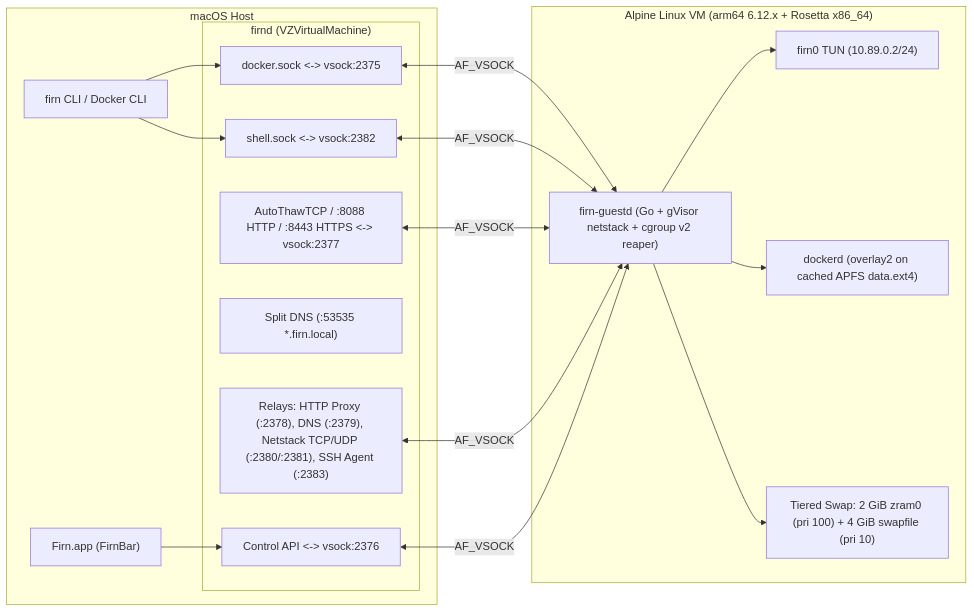
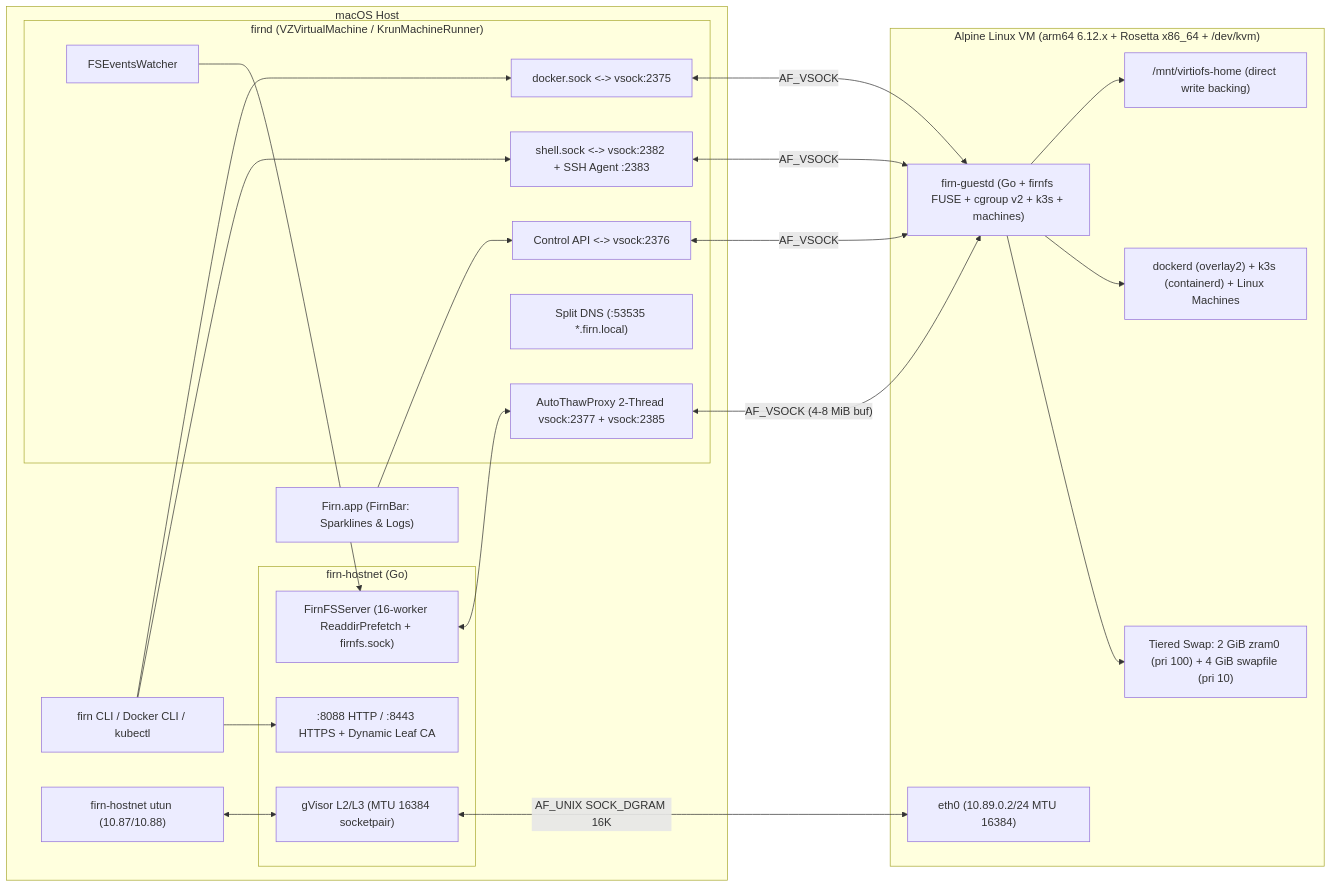
One commit to zxzinn/firn changed the diagram in README.md. Above: the diagram before and after it, drawn with Mermaid. The commit also changed other lines of this file and 53 other files, not shown here.

Commit message:
feat: Firn v0.4.0 — firnfs, jumbo firn-hostnet, hibernate, k3s, machines & Metal GPU

````diff
--- a/README.md
+++ b/README.md
@@ -71,32 +71,43 @@
 ```mermaid
 flowchart LR
   subgraph macOS["macOS Host"]
-    CLI["firn CLI / Docker CLI"]
-    Bar["Firn.app (FirnBar)"]
-    subgraph Daemon["firnd (VZVirtualMachine)"]
+    CLI["firn CLI / Docker CLI / kubectl"]
+    Bar["Firn.app (FirnBar: Sparklines & Logs)"]
+    UTUN["firn-hostnet utun (10.87/10.88)"]
+    subgraph Daemon["firnd (VZVirtualMachine / KrunMachineRunner)"]
+      FSW["FSEventsWatcher"]
       D["docker.sock <-> vsock:2375"]
       C["Control API <-> vsock:2376"]
-      T["AutoThawTCP / :8088 HTTP / :8443 HTTPS <-> vsock:2377"]
+      T["AutoThawProxy 2-Thread vsock:2377 + vsock:2385"]
       DNS["Split DNS (:53535 *.firn.local)"]
-      R["Relays: HTTP Proxy (:2378), DNS (:2379), Netstack TCP/UDP (:2380/:2381), SSH Agent (:2383)"]
-      SH["shell.sock <-> vsock:2382"]
+      SH["shell.sock <-> vsock:2382 + SSH Agent :2383"]
+    end
+    subgraph HN["firn-hostnet (Go)"]
+      GV["gVisor L2/L3 (MTU 16384 socketpair)"]
+      TLS[":8088 HTTP / :8443 HTTPS + Dynamic Leaf CA"]
+      FSRV["FirnFSServer (16-worker ReaddirPrefetch + firnfs.sock)"]
     end
   end
-  subgraph Linux["Alpine Linux VM (arm64 6.12.x + Rosetta x86_64)"]
-    GD["firn-guestd (Go + gVisor netstack + cgroup v2 reaper)"]
-    TUN["firn0 TUN (10.89.0.2/24)"]
-    DK["dockerd (overlay2 on cached APFS data.ext4)"]
+  subgraph Linux["Alpine Linux VM (arm64 6.12.x + Rosetta x86_64 + /dev/kvm)"]
+    GD["firn-guestd (Go + firnfs FUSE + cgroup v2 + k3s + machines)"]
+    ETH["eth0 (10.89.0.2/24 MTU 16384)"]
+    DK["dockerd (overlay2) + k3s (containerd) + Linux Machines"]
+    VFS["/mnt/virtiofs-home (direct write backing)"]
     SW["Tiered Swap: 2 GiB zram0 (pri 100) + 4 GiB swapfile (pri 10)"]
   end
   CLI --> D
   CLI --> SH
+  CLI --> TLS
+  UTUN <--> GV
   Bar --> C
+  FSW --> FSRV
+  T <-->|"AF_VSOCK (4-8 MiB buf)"| GD
   D <-->|"AF_VSOCK"| GD
   C <-->|"AF_VSOCK"| GD
-  T <-->|"AF_VSOCK"| GD
-  R <-->|"AF_VSOCK"| GD
   SH <-->|"AF_VSOCK"| GD
-  GD --> TUN
+  GV <-->|"AF_UNIX SOCK_DGRAM 16K"| ETH
+  FSRV <--> T
+  GD --> VFS
   GD --> DK
   GD --> SW
 ```
````
